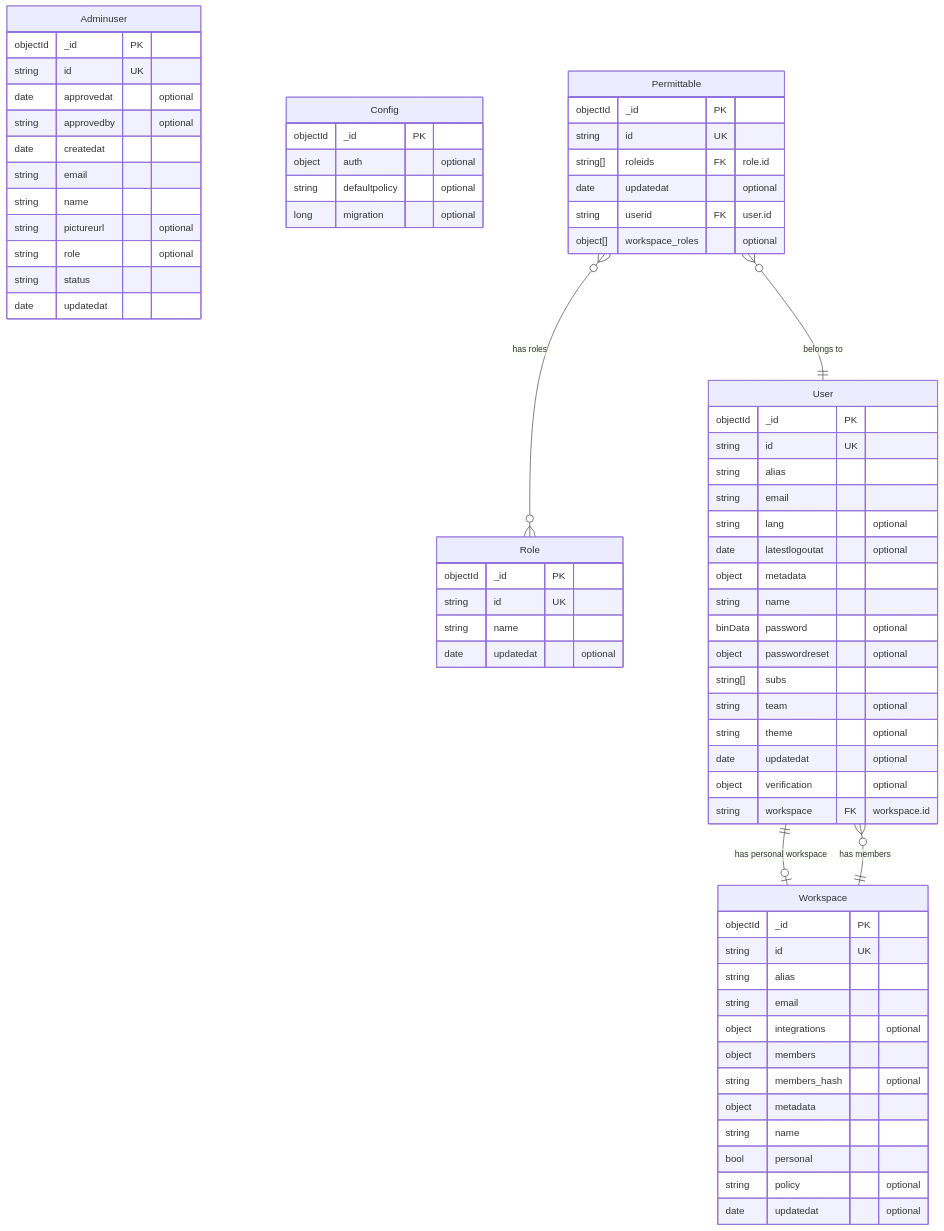
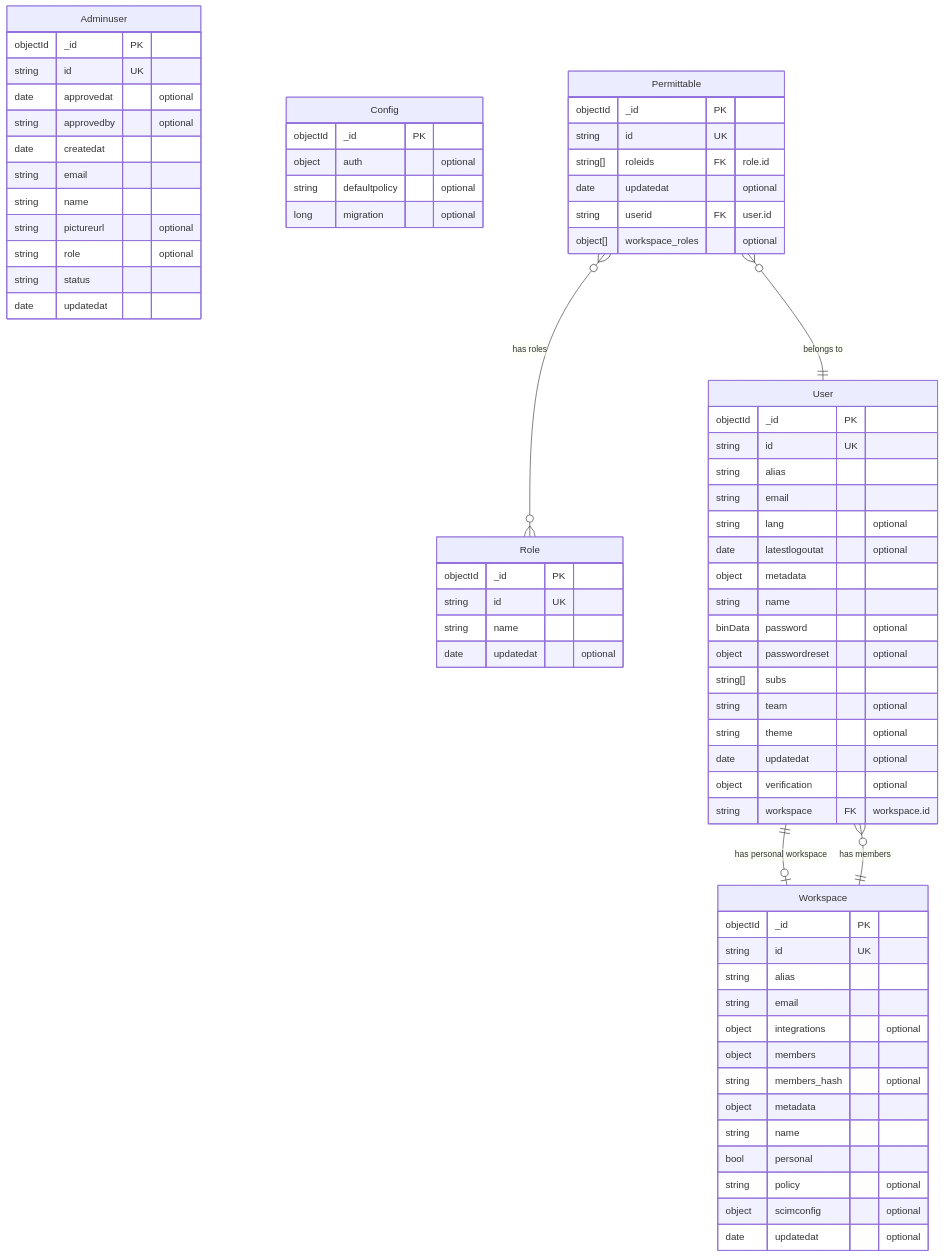
The diagram in server/internal/infrastructure/mongo/schema/ER.md (reearth/reearth-accounts), drawn with Mermaid before and after one commit. The commit also changed 24 other files, not shown here.

````diff
--- a/server/internal/infrastructure/mongo/schema/ER.md
+++ b/server/internal/infrastructure/mongo/schema/ER.md
@@ -5,78 +5,79 @@
 ```mermaid
 erDiagram
     Adminuser {
         objectId _id PK
         string id UK
         date approvedat "optional"
         string approvedby "optional"
         date createdat
         string email
         string name
         string pictureurl "optional"
         string role "optional"
         string status
         date updatedat
     }
 
     Config {
         objectId _id PK
         object auth "optional"
         string defaultpolicy "optional"
         long migration "optional"
     }
 
     Permittable {
         objectId _id PK
         string id UK
         string[] roleids FK "role.id"
         date updatedat "optional"
         string userid FK "user.id"
         object[] workspace_roles "optional"
     }
 
     Role {
         objectId _id PK
         string id UK
         string name
         date updatedat "optional"
     }
 
     User {
         objectId _id PK
         string id UK
         string alias
         string email
         string lang "optional"
         date latestlogoutat "optional"
         object metadata
         string name
         binData password "optional"
         object passwordreset "optional"
         string[] subs
         string team "optional"
         string theme "optional"
         date updatedat "optional"
         object verification "optional"
         string workspace FK "workspace.id"
     }
 
     Workspace {
         objectId _id PK
         string id UK
         string alias
         string email
         object integrations "optional"
         object members
         string members_hash "optional"
         object metadata
         string name
         bool personal
         string policy "optional"
+        object scimconfig "optional"
         date updatedat "optional"
     }
 
     User ||--o| Workspace : "has personal workspace"
     Workspace ||--o{ User : "has members"
     Permittable }o--|| User : "belongs to"
     Permittable }o--o{ Role : "has roles"
 ```
````
